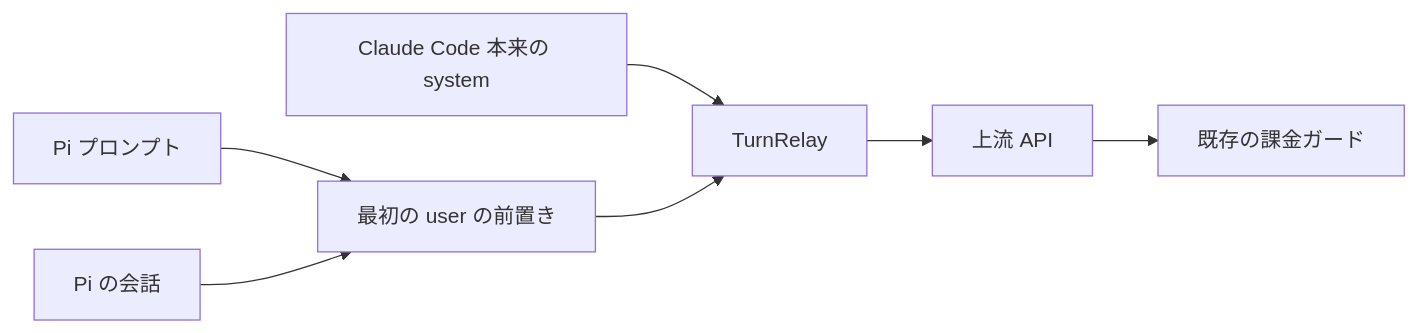
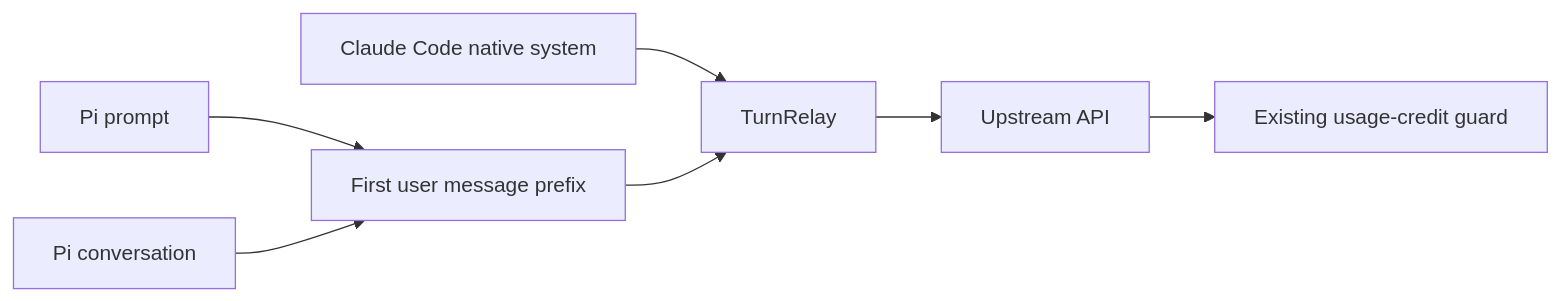
The diagram in docs/spike-2026-11-03.md (MINTY1st/pi-claude-code-tui), drawn with Mermaid before and after one commit. The commit also changed other lines of this file and 7 other files, not shown here.

````diff
--- a/docs/spike-2026-11-03.md
+++ b/docs/spike-2026-11-03.md
@@ -30,9 +34,9 @@
 ```mermaid
 flowchart LR
-  P[Pi プロンプト] --> U[最初の user の前置き]
-  H[Pi の会話] --> U
-  C[Claude Code 本来の system] --> R[TurnRelay]
+  P[Pi prompt] --> U[First user message prefix]
+  H[Pi conversation] --> U
+  C[Claude Code native system] --> R[TurnRelay]
   U --> R
-  R --> A[上流 API]
-  A --> G[既存の課金ガード]
+  R --> A[Upstream API]
+  A --> G[Existing usage-credit guard]
 ```
````
